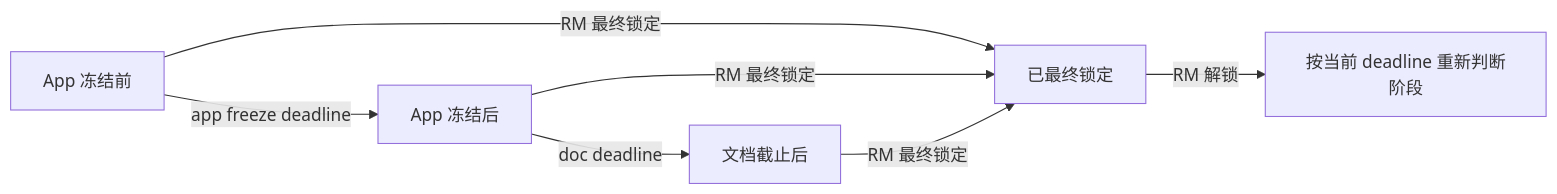
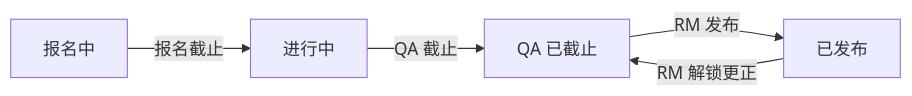
One commit to zzwz02/hpc-release-system changed the diagram in README.md. Above: the diagram before and after it, drawn with Mermaid. The commit also changed other lines of this file and 28 other files, not shown here.

````diff
--- a/README.md
+++ b/README.md
@@ -41,9 +34,7 @@
 ```mermaid
 flowchart LR
-    A[App 冻结前] -->|app freeze deadline| B[App 冻结后]
-    B -->|doc deadline| C[文档截止后]
-    A -->|RM 最终锁定| D[已最终锁定]
-    B -->|RM 最终锁定| D
-    C -->|RM 最终锁定| D
-    D -->|RM 解锁| E[按当前 deadline 重新判断阶段]
+    A[报名中] -->|报名截止| B[进行中]
+    B -->|QA 截止| C[QA 已截止]
+    C -->|RM 发布| D[已发布]
+    D -->|RM 解锁更正| C
 ```
````
